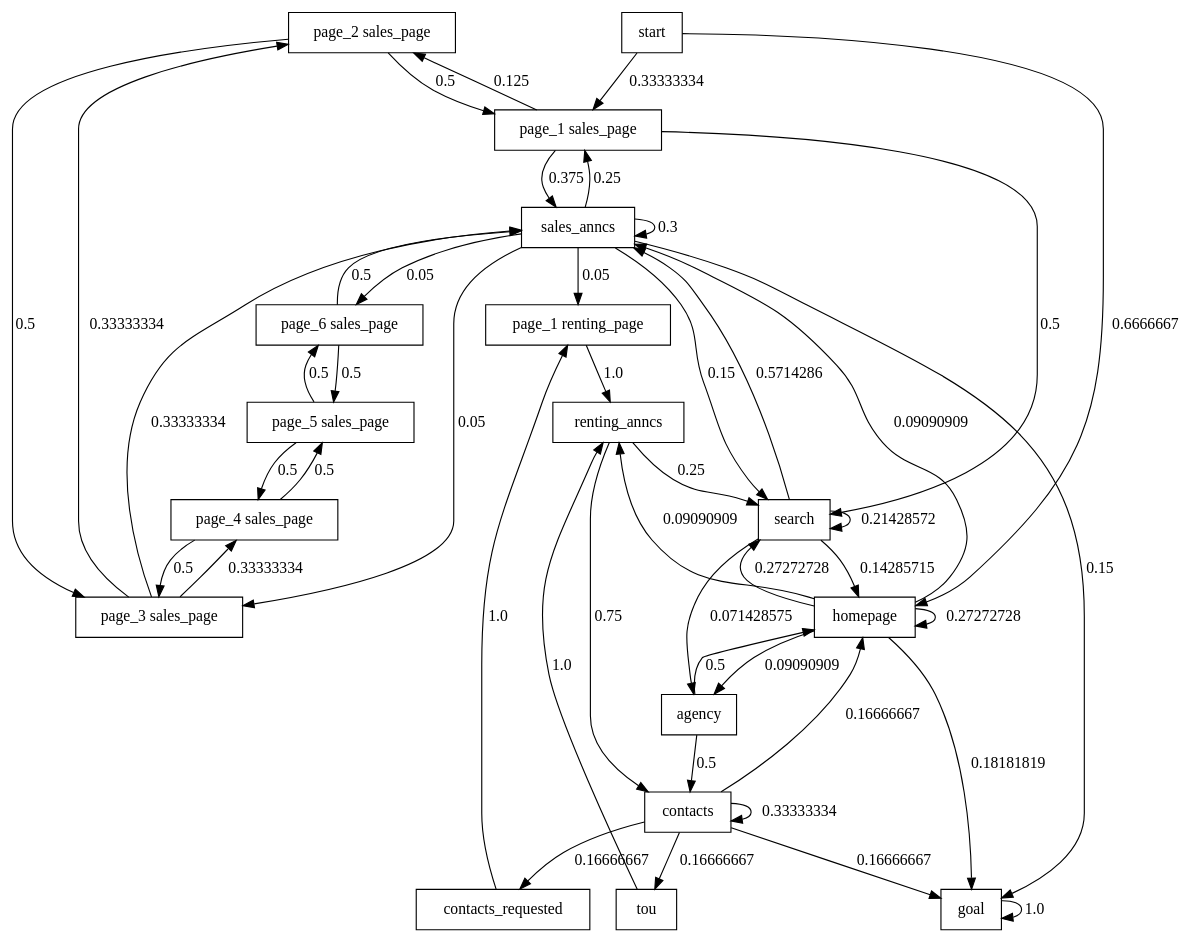
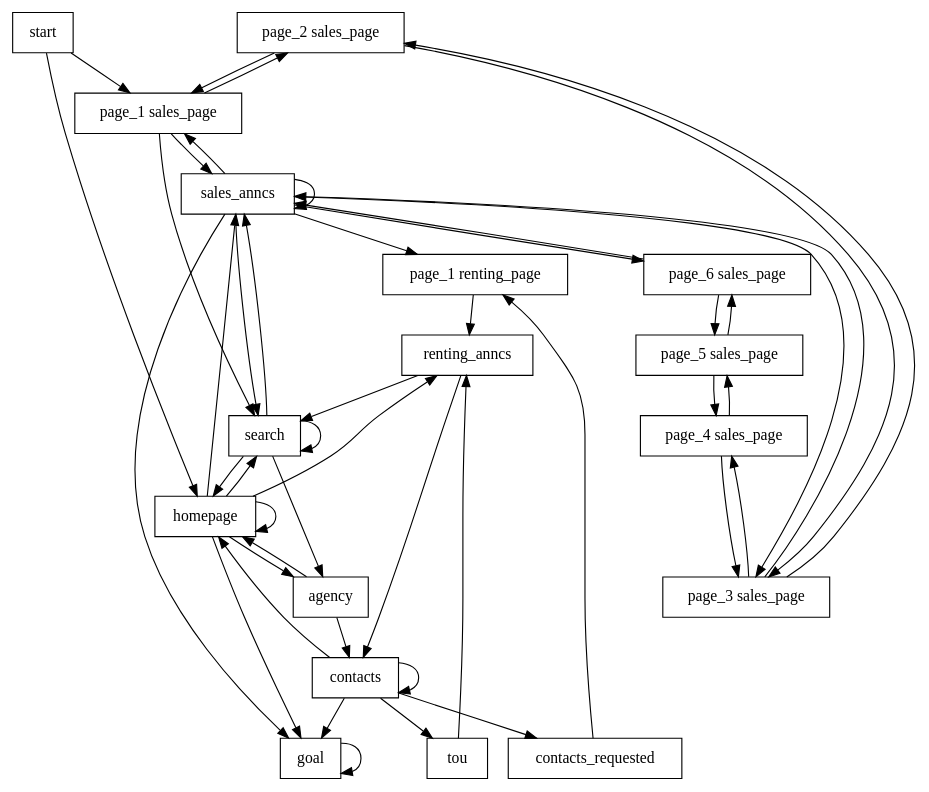
One commit to GArad89/model_exploration changed the diagram in models_dot/findyourhouse.dot. Above: the diagram before and after it, drawn with Graphviz. The commit also changed 1 other file, not shown here.

Commit message:
resolved bug - when the original model did not have a label but did have a weight there were some inconsistencies. This is now resolved

```diff
--- a/models_dot/findyourhouse.dot
+++ b/models_dot/findyourhouse.dot
@@ -1,66 +1,66 @@
 digraph P { 
- 	node [shape=box];
+node [shape=box];
 0[label="page_2 sales_page"];
 1[label="contacts_requested"];
 2[label="renting_anncs"];
 3[label="homepage"];
 4[label="tou"];
 5[label="start"];
 6[label="page_5 sales_page"];
 7[label="page_1 sales_page"];
 8[label="goal"];
 9[label="page_6 sales_page"];
 10[label="search"];
 11[label="contacts"];
 12[label="page_3 sales_page"];
 13[label="page_1 renting_page"];
 14[label="sales_anncs"];
 15[label="page_4 sales_page"];
 16[label="agency"];
-12->14[label="0.33333334"];
-12->15[label="0.33333334"];
-12->0[label="0.33333334"];
-3->16[label="0.09090909"];
-3->14[label="0.09090909"];
-0->12[label="0.5"];
-2->11[label="0.75"];
-15->12[label="0.5"];
-14->10[label="0.15"];
-14->8[label="0.15"];
-7->0[label="0.125"];
-1->13[label="1.0"];
-10->16[label="0.071428575"];
-10->14[label="0.5714286"];
-16->11[label="0.5"];
-7->14[label="0.375"];
-6->15[label="0.5"];
-13->2[label="1.0"];
-8->8[label="1.0"];
-5->7[label="0.33333334"];
-11->11[label="0.33333334"];
-3->2[label="0.09090909"];
-4->2[label="1.0"];
-3->3[label="0.27272728"];
-14->13[label="0.05"];
-2->10[label="0.25"];
-3->10[label="0.27272728"];
-9->6[label="0.5"];
-3->8[label="0.18181819"];
-11->1[label="0.16666667"];
-16->3[label="0.5"];
-9->14[label="0.5"];
-6->9[label="0.5"];
-14->7[label="0.25"];
-14->12[label="0.05"];
-10->3[label="0.14285715"];
-11->3[label="0.16666667"];
-14->9[label="0.05"];
-14->14[label="0.3"];
-7->10[label="0.5"];
-10->10[label="0.21428572"];
-15->6[label="0.5"];
-11->4[label="0.16666667"];
-11->8[label="0.16666667"];
-0->7[label="0.5"];
-5->3[label="0.6666667"];
+12->14[weight=0.33333334];
+12->15[weight=0.33333334];
+12->0[weight=0.33333334];
+3->16[weight=0.09090909];
+3->14[weight=0.09090909];
+0->12[weight=0.5];
+2->11[weight=0.75];
+15->12[weight=0.5];
+14->10[weight=0.15];
+14->8[weight=0.15];
+7->0[weight=0.125];
+1->13[weight=1.0];
+10->16[weight=0.071428575];
+10->14[weight=0.5714286];
+16->11[weight=0.5];
+7->14[weight=0.375];
+6->15[weight=0.5];
+13->2[weight=1.0];
+8->8[weight=1.0];
+5->7[weight=0.33333334];
+11->11[weight=0.33333334];
+3->2[weight=0.09090909];
+4->2[weight=1.0];
+3->3[weight=0.27272728];
+14->13[weight=0.05];
+2->10[weight=0.25];
+3->10[weight=0.27272728];
+9->6[weight=0.5];
+3->8[weight=0.18181819];
+11->1[weight=0.16666667];
+16->3[weight=0.5];
+9->14[weight=0.5];
+6->9[weight=0.5];
+14->7[weight=0.25];
+14->12[weight=0.05];
+10->3[weight=0.14285715];
+11->3[weight=0.16666667];
+14->9[weight=0.05];
+14->14[weight=0.3];
+7->10[weight=0.5];
+10->10[weight=0.21428572];
+15->6[weight=0.5];
+11->4[weight=0.16666667];
+11->8[weight=0.16666667];
+0->7[weight=0.5];
+5->3[weight=0.6666667];
 }
```
